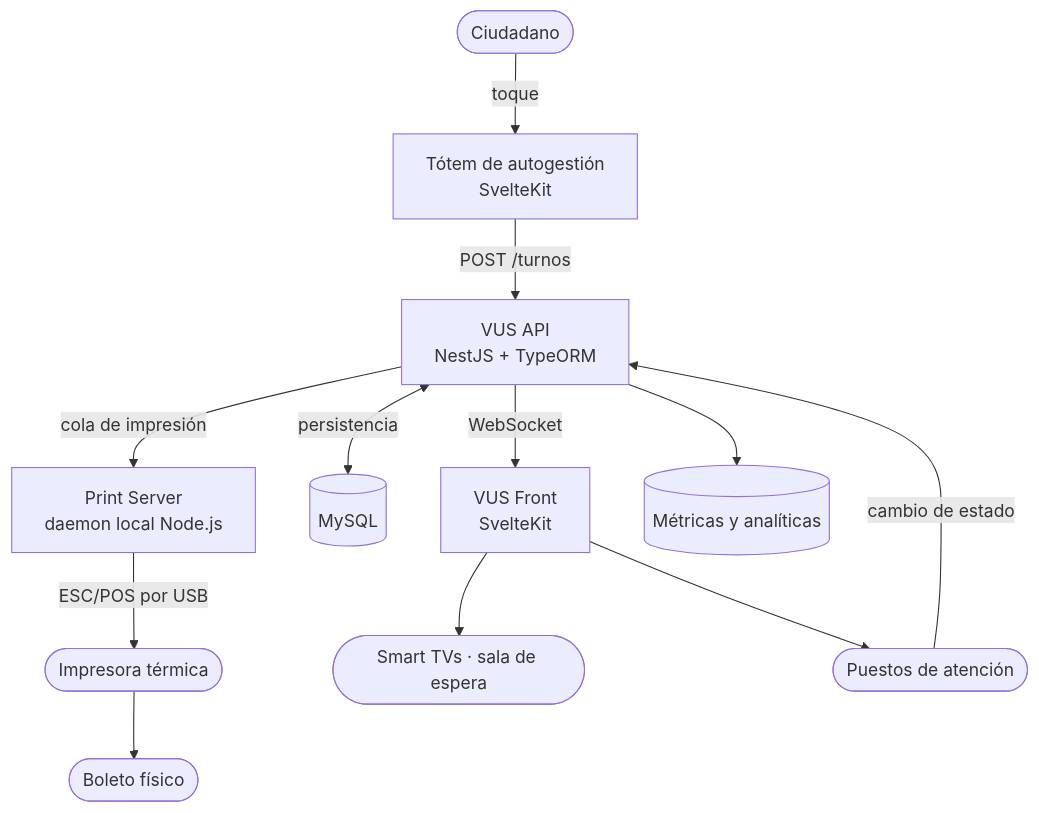
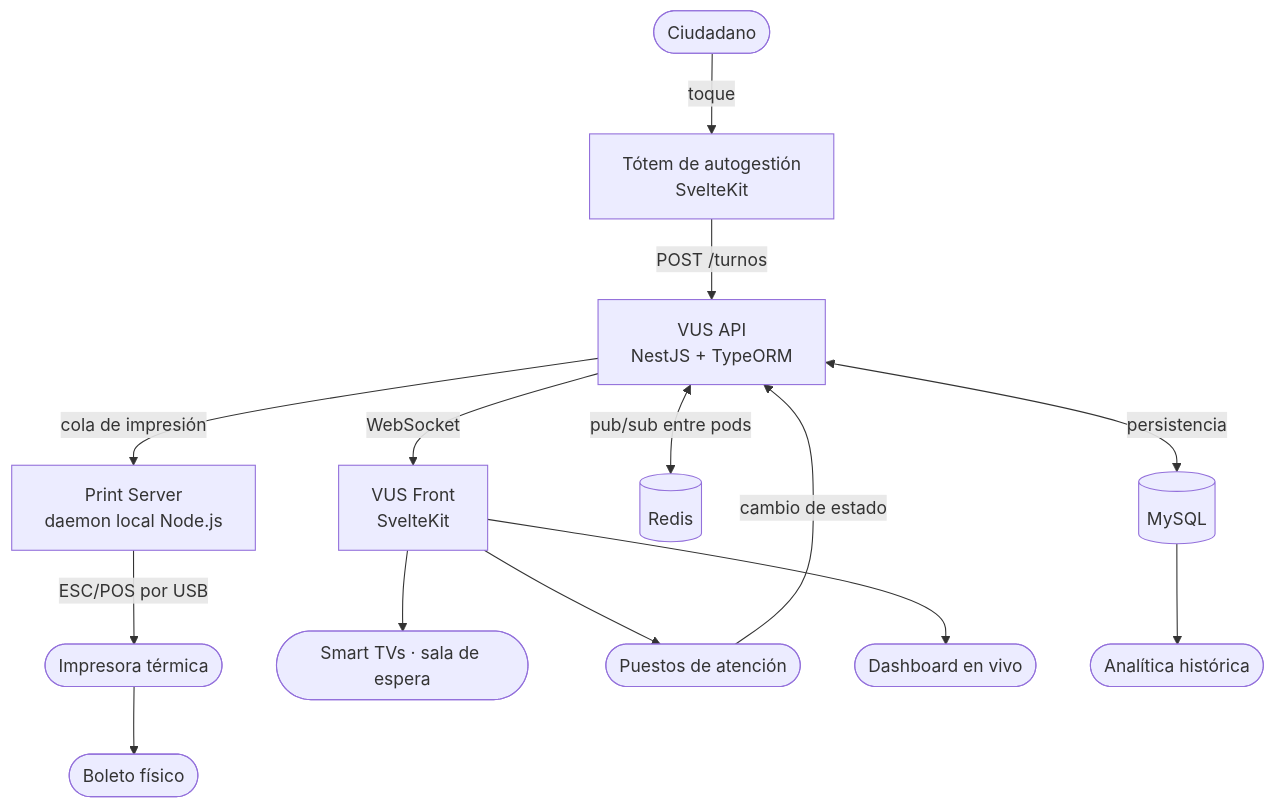
One commit to Brianleft28/brianleft-portfolio changed the diagram in client/src/lib/data/memory/projects/vus.md. Above: the diagram before and after it, drawn with Mermaid. The commit also changed other lines of this file, not shown here.

First line of the commit message:
docs(vus): Redis entre pods, dashboard en vivo vs analítica, parametría

````diff
--- a/client/src/lib/data/memory/projects/vus.md
+++ b/client/src/lib/data/memory/projects/vus.md
@@ -20,17 +20,19 @@
 ```mermaid
 flowchart TD
     C([Ciudadano]) -->|toque| T[Tótem de autogestión<br/>SvelteKit]
     T -->|POST /turnos| API[VUS API<br/>NestJS + TypeORM]
     API -->|cola de impresión| PS[Print Server<br/>daemon local Node.js]
     PS -->|ESC/POS por USB| PR([Impresora térmica])
     PR --> B([Boleto físico])
 
     API <-->|persistencia| DB[(MySQL)]
+    API <-->|pub/sub entre pods| R[(Redis)]
     API -->|WebSocket| F[VUS Front<br/>SvelteKit]
 
     F --> TV([Smart TVs · sala de espera])
     F --> BOX([Puestos de atención])
+    F --> DASH([Dashboard en vivo])
 
     BOX -->|cambio de estado| API
-    API --> M[(Métricas y analíticas)]
+    DB --> AN([Analítica histórica])
 ```
````
